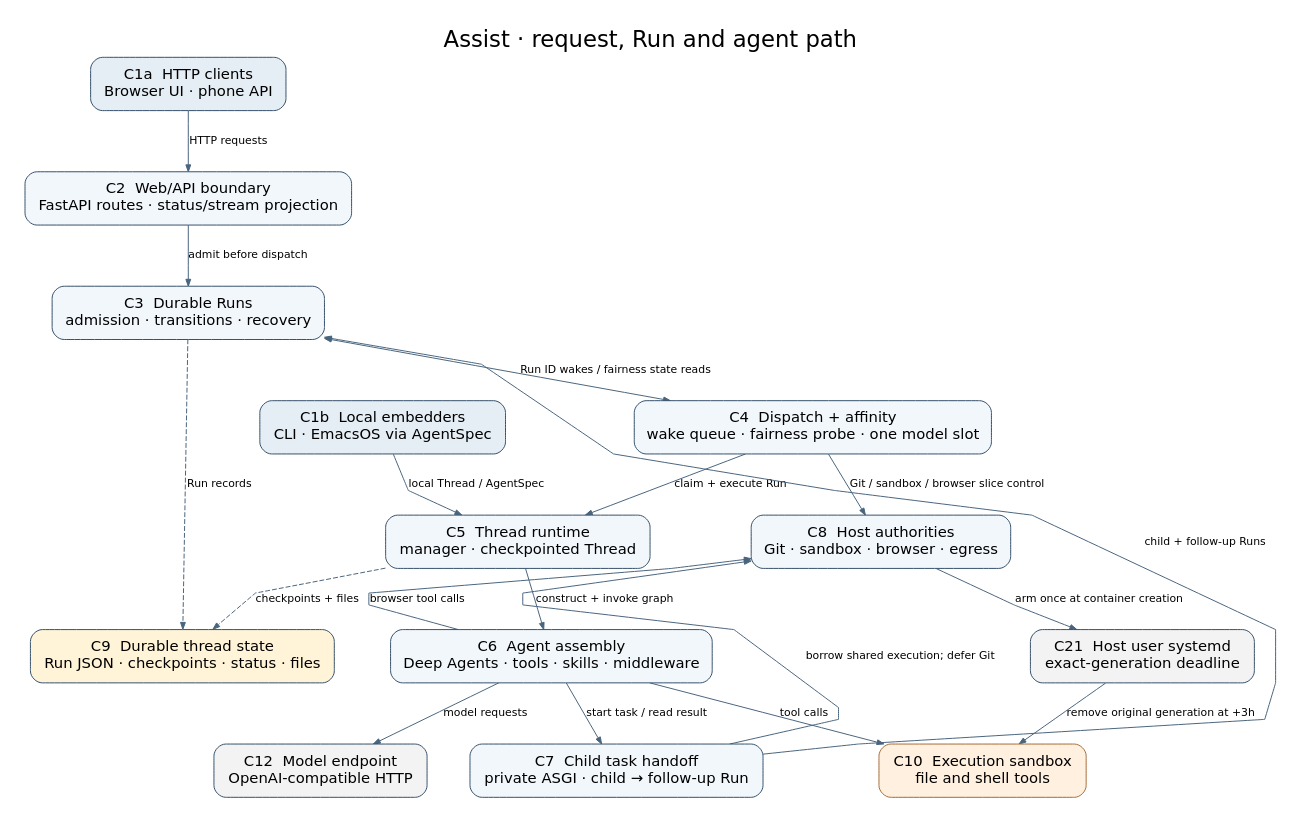
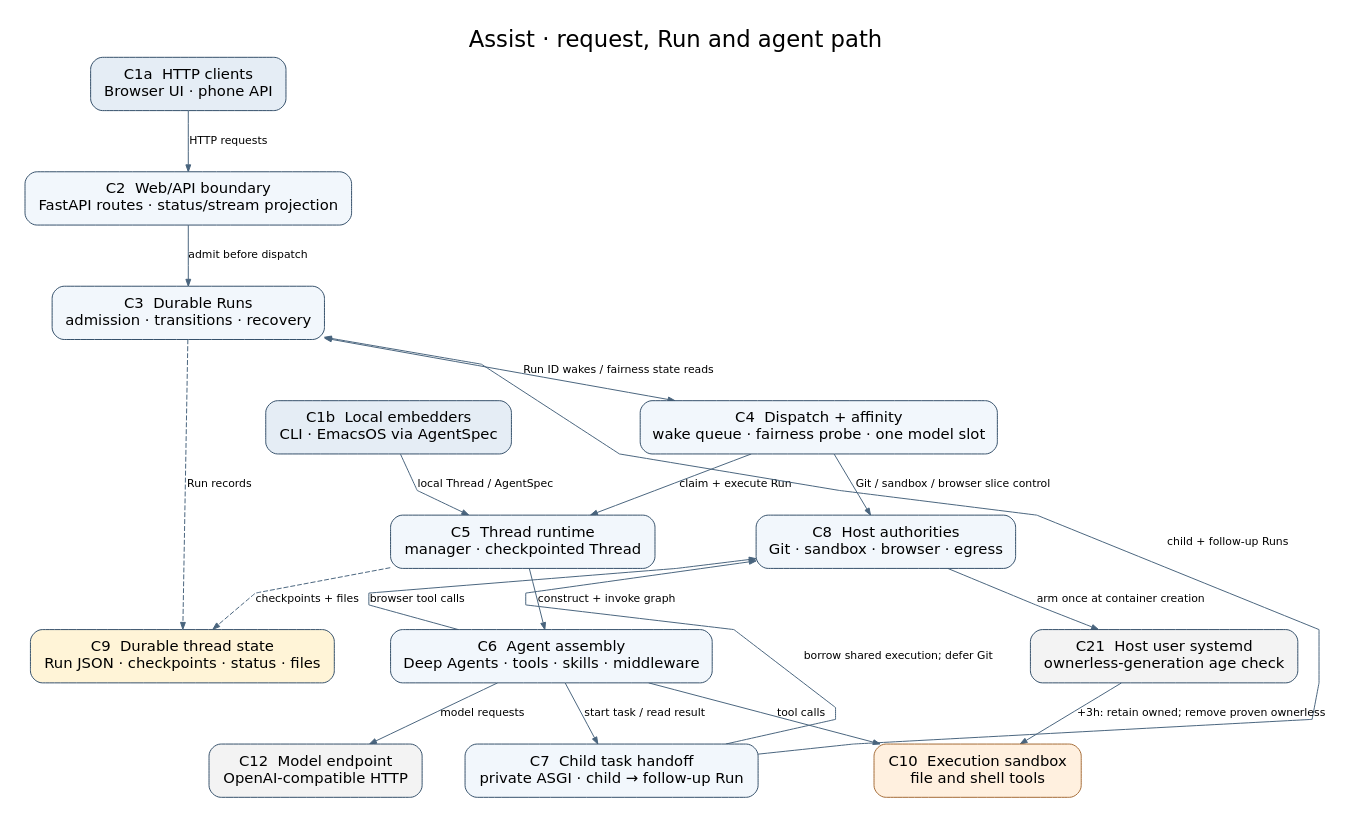
Before and after one commit to pierrel/assist: the diagram in docs/architecture.dot, drawn with Graphviz. The commit also changed 15 other files, not shown here.

Commit message:
Keep owned sandbox execution alive through age and dispatch checks

```diff
--- a/docs/architecture.dot
+++ b/docs/architecture.dot
@@ -1,48 +1,48 @@
 digraph Assist {
   graph [label="Assist · request, Run and agent path", labelloc=t,
          fontname="DejaVu Sans", fontsize=23, bgcolor="white",
          rankdir=TB, pad=0.25, nodesep=0.6, ranksep=0.68,
          splines=polyline, outputorder=edgesfirst];
   node [shape=box, style="rounded,filled", color="#34506a",
         fillcolor="#f2f7fc", fontname="DejaVu Sans", fontsize=15,
         margin="0.19,0.14"];
   edge [fontname="DejaVu Sans", fontsize=11, color="#49647d",
         arrowsize=0.7];
 
   C1a [label="C1a  HTTP clients\nBrowser UI · phone API",
        fillcolor="#e5edf5"];
   C1b [label="C1b  Local embedders\nCLI · EmacsOS via AgentSpec",
        fillcolor="#e5edf5"];
   C2 [label="C2  Web/API boundary\nFastAPI routes · status/stream projection"];
   C3 [label="C3  Durable Runs\nadmission · transitions · recovery"];
   C4 [label="C4  Dispatch + affinity\nwake queue · fairness probe · one model slot"];
   C5 [label="C5  Thread runtime\nmanager · checkpointed Thread"];
   C6 [label="C6  Agent assembly\nDeep Agents · tools · skills · middleware"];
   C7 [label="C7  Child task handoff\nprivate ASGI · child → follow-up Run"];
   C8 [label="C8  Host authorities\nGit · sandbox · browser · egress"];
   C9 [label="C9  Durable thread state\nRun JSON · checkpoints · status · files",
       fillcolor="#fff4d7"];
   C10 [label="C10  Execution sandbox\nfile and shell tools", fillcolor="#fff0df",
        color="#a46b36"];
   C12 [label="C12  Model endpoint\nOpenAI-compatible HTTP",
        fillcolor="#f3f3f3"];
-  C21 [label="C21  Host user systemd\nexact-generation deadline", fillcolor="#f3f3f3"];
+  C21 [label="C21  Host user systemd\nownerless-generation age check", fillcolor="#f3f3f3"];
 
   C1a -> C2 [label="HTTP requests"];
   C2 -> C3 [label="admit before dispatch"];
   C3 -> C4 [label="Run ID wakes / fairness state reads", dir=both];
   C4 -> C5 [label="claim + execute Run"];
   C1b -> C5 [label="local Thread / AgentSpec"];
   C5 -> C6 [label="construct + invoke graph"];
   C6 -> C7 [label="start task / read result"];
   C7 -> C3 [label="child + follow-up Runs", constraint=false];
   C7 -> C8 [label="borrow shared execution; defer Git", constraint=false];
   C4 -> C8 [label="Git / sandbox / browser slice control"];
   C8 -> C21 [label="arm once at container creation"];
-  C21 -> C10 [label="remove original generation at +3h"];
+  C21 -> C10 [label="+3h: retain owned; remove proven ownerless"];
   C6 -> C8 [label="browser tool calls", constraint=false];
   C3 -> C9 [label="Run records", style=dashed];
   C5 -> C9 [label="checkpoints + files", style=dashed];
   C6 -> C10 [label="tool calls"];
   C6 -> C12 [label="model requests"];
 }
```
